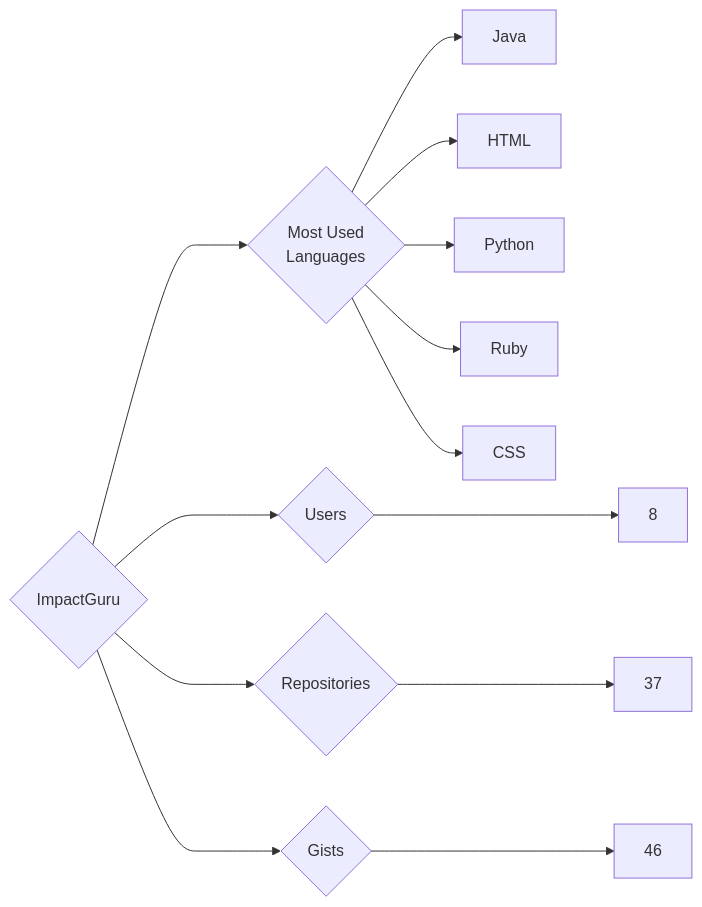
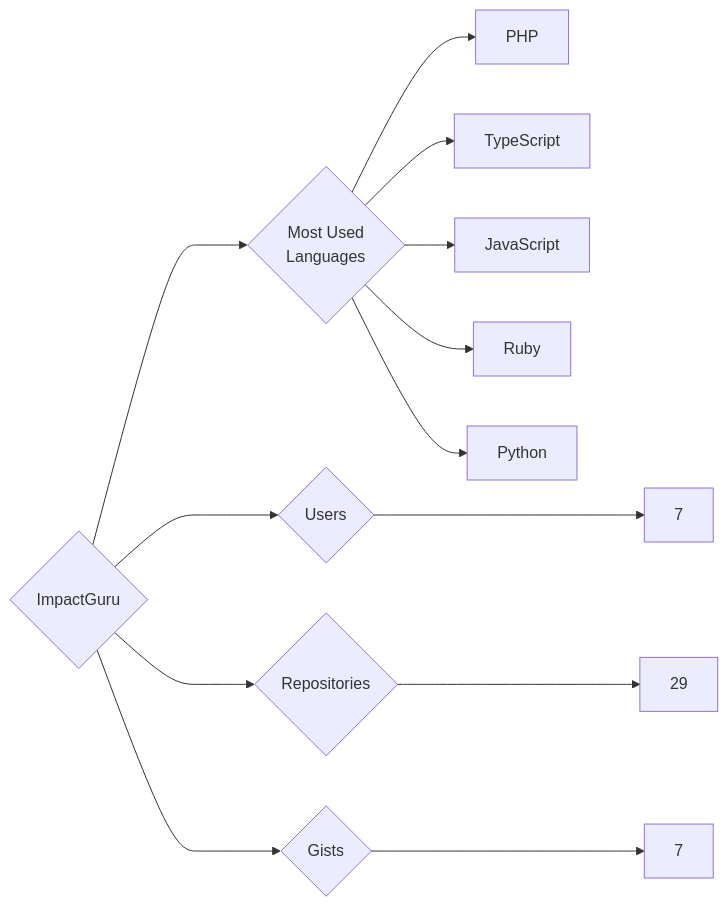
The diagram in targets/ImpactGuru/README.md (trickest/insiders), drawn with Mermaid before and after one commit. The commit also changed 951 other files, not shown here.

````diff
--- a/targets/ImpactGuru/README.md
+++ b/targets/ImpactGuru/README.md
@@ -3,13 +3,13 @@
 ```mermaid
 graph LR
 COMPANY_NAME{ImpactGuru}
-COMPANY_NAME ---> U{Users} ---> UN[8]
-COMPANY_NAME ---> R{Repositories} ---> RN[37]
-COMPANY_NAME ---> G{Gists} ---> GN[46]
+COMPANY_NAME ---> U{Users} ---> UN[7]
+COMPANY_NAME ---> R{Repositories} ---> RN[29]
+COMPANY_NAME ---> G{Gists} ---> GN[7]
 COMPANY_NAME ---> ML{Most Used<br>Languages}
-ML --> Java[Java]
-ML --> HTML[HTML]
+ML --> PHP[PHP]
+ML --> TypeScript[TypeScript]
+ML --> JavaScript[JavaScript]
+ML --> Ruby[Ruby]
 ML --> Python[Python]
-ML --> Ruby[Ruby]
-ML --> CSS[CSS]
 ```
````
